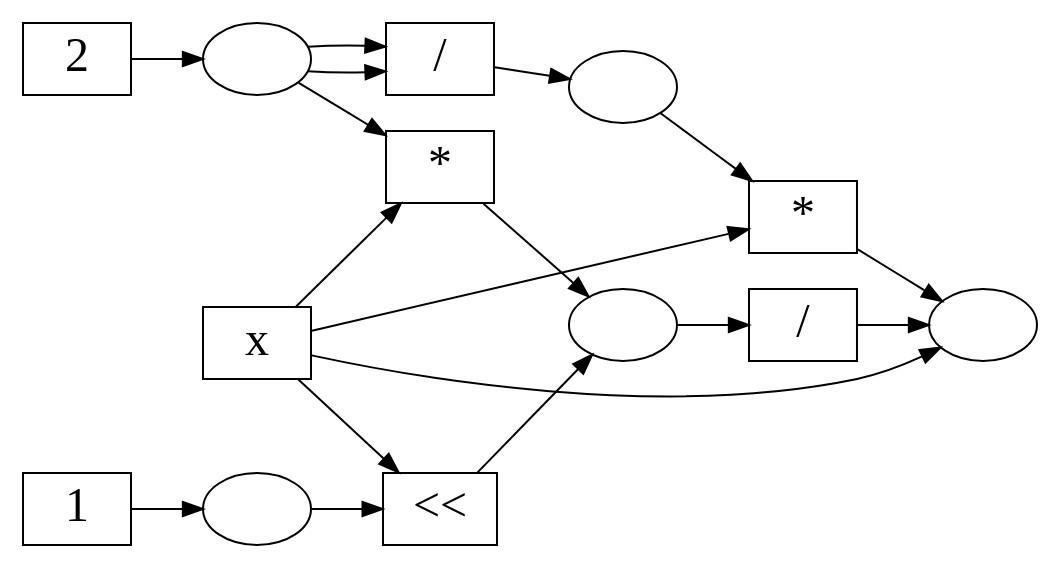
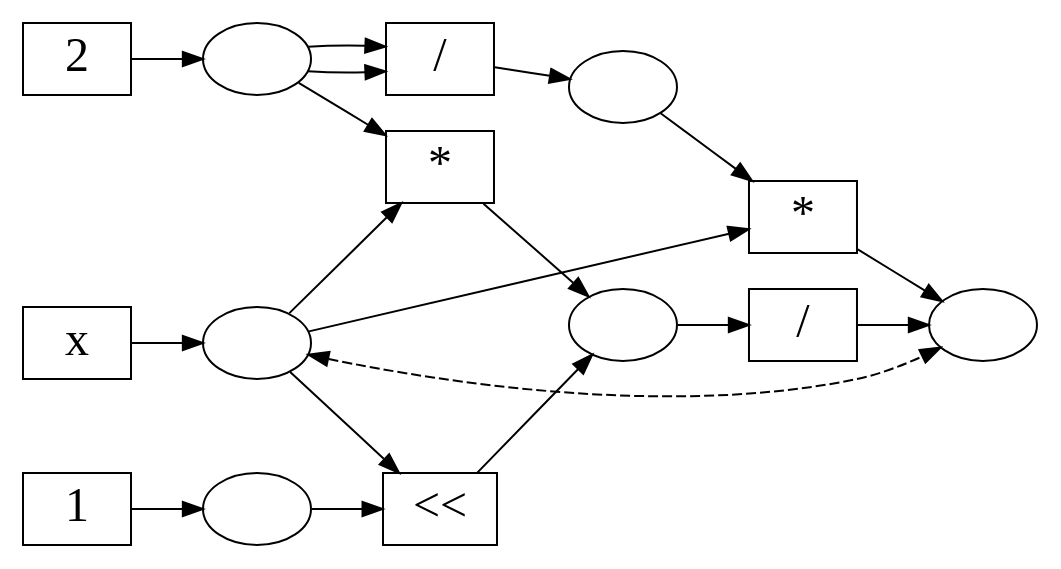
Before and after one commit to oatlog/oatlog: the diagram in doc/figures/egraph_example3.dot, drawn with Graphviz. The commit also changed 3 other files, not shown here.

```diff
--- a/doc/figures/egraph_example3.dot
+++ b/doc/figures/egraph_example3.dot
@@ -1,47 +1,49 @@
 // (a + 2) * c
 digraph G {
     rankdir = "LR";
     fontsize="24"
     node [ fontsize="24"; shape=rect ]
 
     one [label="1"];
     cone [label="",shape=ellipse];
     xs [label="<<"];
 
     two [label="2"];
     ctwo [label="",shape=ellipse];
     x2 [label="*"];
 
     two_div_two [label="/"];
     ctwo_div_two [label="",shape=ellipse];
 
     x2_div2 [label="/"];
 
     topmul [label="*"];
 
     x [label="x"];
+    cx [label="",shape=ellipse];
     cx2 [label="",shape=ellipse];
     ctop [label="",shape=ellipse];
 
-    x -> x2;
+    x -> cx;
+    cx -> x2;
     two -> ctwo;
     ctwo -> x2;
     x2 -> cx2;
     cx2 -> x2_div2;
     x2_div2 -> ctop;
 
     ctwo -> two_div_two;
     ctwo -> two_div_two;
     two_div_two -> ctwo_div_two;
     ctwo_div_two -> topmul;
-    x -> topmul;
+    cx -> topmul;
     topmul -> ctop;
 
 
     one -> cone;
-    x -> xs;
+    cx -> xs;
     cone -> xs;
     xs -> cx2;
 
-    x -> ctop;
+    cx -> ctop [style=dashed,shape=tee,dir=both];
 }
```
